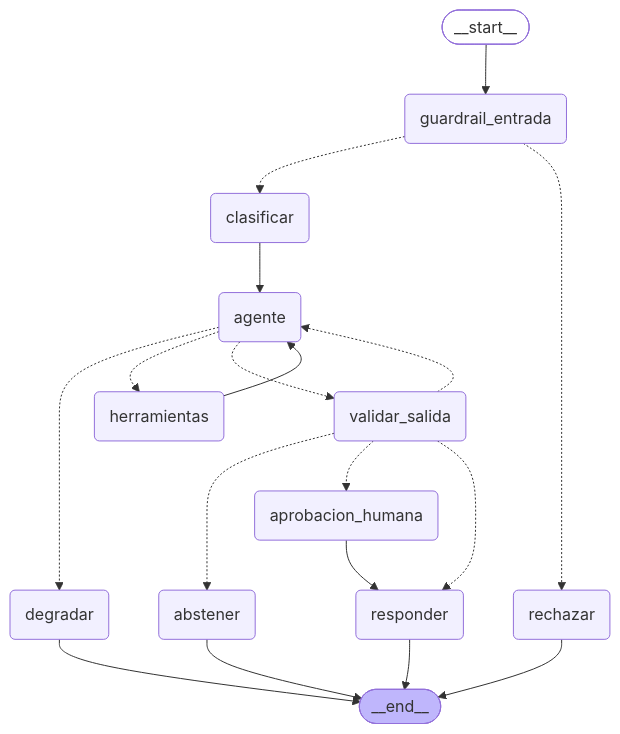
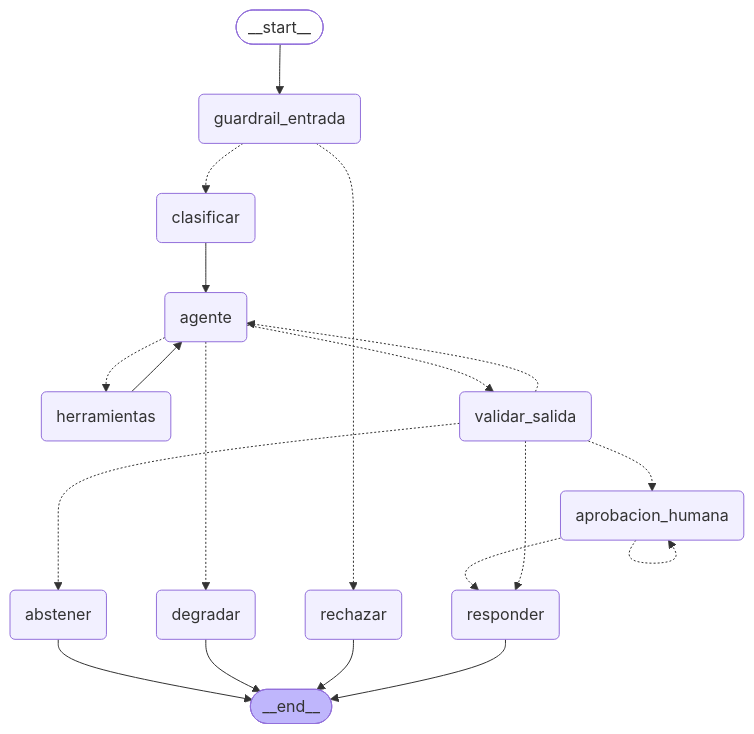
One commit to DiegoLinares11/Proyecto-Procesamiento-de-Lenguaje-Natural changed the diagram in README.md. Above: the diagram before and after it, drawn with Mermaid. The commit also changed other lines of this file and 253 other files, not shown here.

````diff
--- a/README.md
+++ b/README.md
@@ -65,35 +112,36 @@
 ```mermaid
 graph TD;
 	__start__([<p>__start__</p>]):::first
 	guardrail_entrada(guardrail_entrada)
 	rechazar(rechazar)
 	clasificar(clasificar)
 	agente(agente)
 	herramientas(herramientas)
 	validar_salida(validar_salida)
 	abstener(abstener)
 	degradar(degradar)
 	aprobacion_humana(aprobacion_humana)
 	responder(responder)
 	__end__([<p>__end__</p>]):::last
 	__start__ --> guardrail_entrada;
 	agente -.-> degradar;
 	agente -.-> herramientas;
 	agente -.-> validar_salida;
-	aprobacion_humana --> responder;
+	aprobacion_humana -.-> responder;
 	clasificar --> agente;
 	guardrail_entrada -.-> clasificar;
 	guardrail_entrada -.-> rechazar;
 	herramientas --> agente;
 	validar_salida -.-> abstener;
 	validar_salida -.-> agente;
 	validar_salida -.-> aprobacion_humana;
 	validar_salida -.-> responder;
 	abstener --> __end__;
 	degradar --> __end__;
 	rechazar --> __end__;
 	responder --> __end__;
+	aprobacion_humana -.-> aprobacion_humana;
 	classDef default fill:#f2f0ff,line-height:1.2
 	classDef first fill-opacity:0
 	classDef last fill:#bfb6fc
 ```
````
